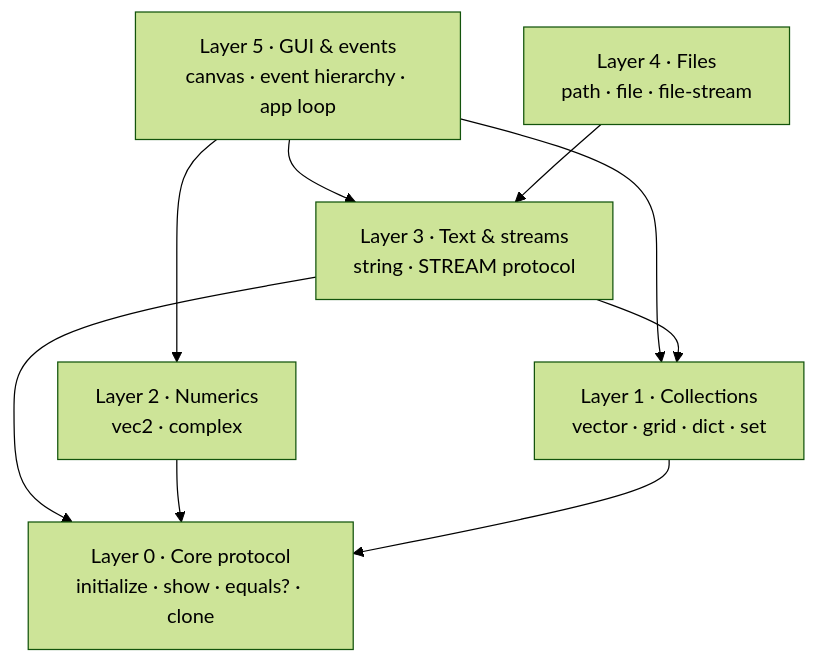
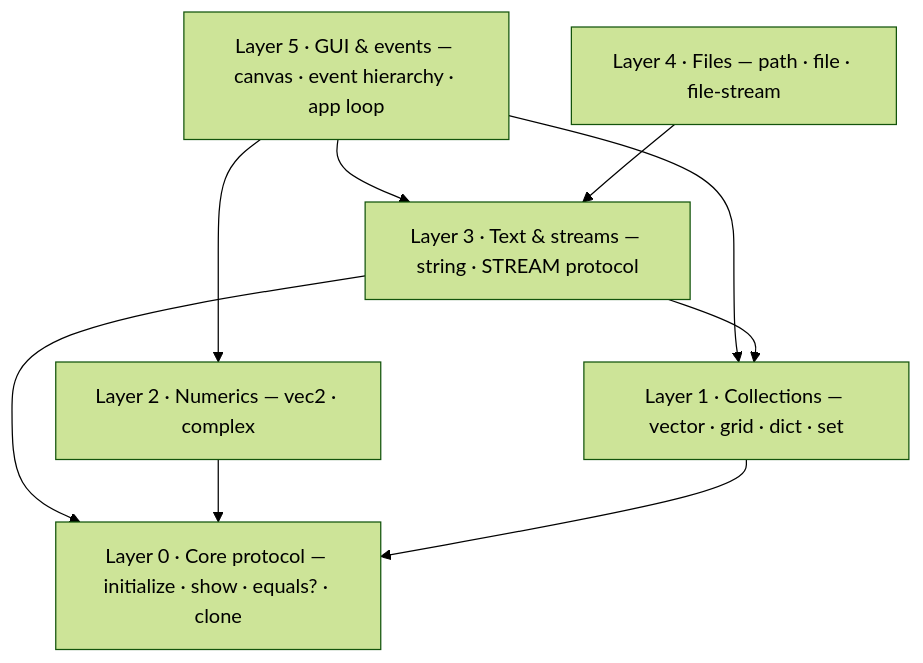
The fifth of 8 diagrams in release/factorforth/docs/coreprotocols.md (albanread/FactorForth), drawn with Mermaid (forest theme) before and after one commit. The commit also changed other lines of this file, not shown here.

Commit message:
docs: fix literal <br/> in CoreProtocols Mermaid labels
Selkie (DocCrate's Mermaid engine) doesn't interpret HTML <br/> inside
node labels — it showed the literal text. Replace the 12 occurrences
with an inline " — " separator; the labels wrap naturally in the box.
Re-verified via doc-crate.exe --testsnap that the layer flowchart,
stream state diagram, and event class/sequence diagrams all render
cleanly.

````diff
--- a/release/factorforth/docs/coreprotocols.md
+++ b/release/factorforth/docs/coreprotocols.md
@@ -121,18 +121,18 @@
 ```mermaid
 flowchart TB
-    L5["Layer 5 · GUI & events<br/>canvas · event hierarchy · app loop"]
-    L4["Layer 4 · Files<br/>path · file · file-stream"]
-    L3["Layer 3 · Text & streams<br/>string · STREAM protocol"]
-    L2["Layer 2 · Numerics<br/>vec2 · complex"]
-    L1["Layer 1 · Collections<br/>vector · grid · dict · set"]
-    L0["Layer 0 · Core protocol<br/>initialize · show · equals? · clone"]
+    L5["Layer 5 · GUI & events — canvas · event hierarchy · app loop"]
+    L4["Layer 4 · Files — path · file · file-stream"]
+    L3["Layer 3 · Text & streams — string · STREAM protocol"]
+    L2["Layer 2 · Numerics — vec2 · complex"]
+    L1["Layer 1 · Collections — vector · grid · dict · set"]
+    L0["Layer 0 · Core protocol — initialize · show · equals? · clone"]
 
     L5 --> L3
     L5 --> L2
     L5 --> L1
     L4 --> L3
     L3 --> L1
     L3 --> L0
     L2 --> L0
     L1 --> L0
 ```
````
